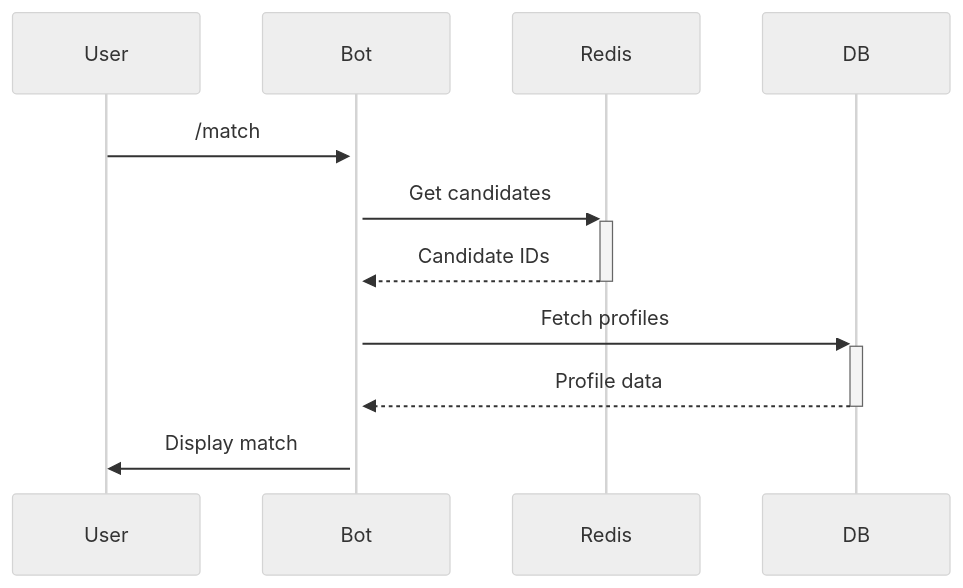
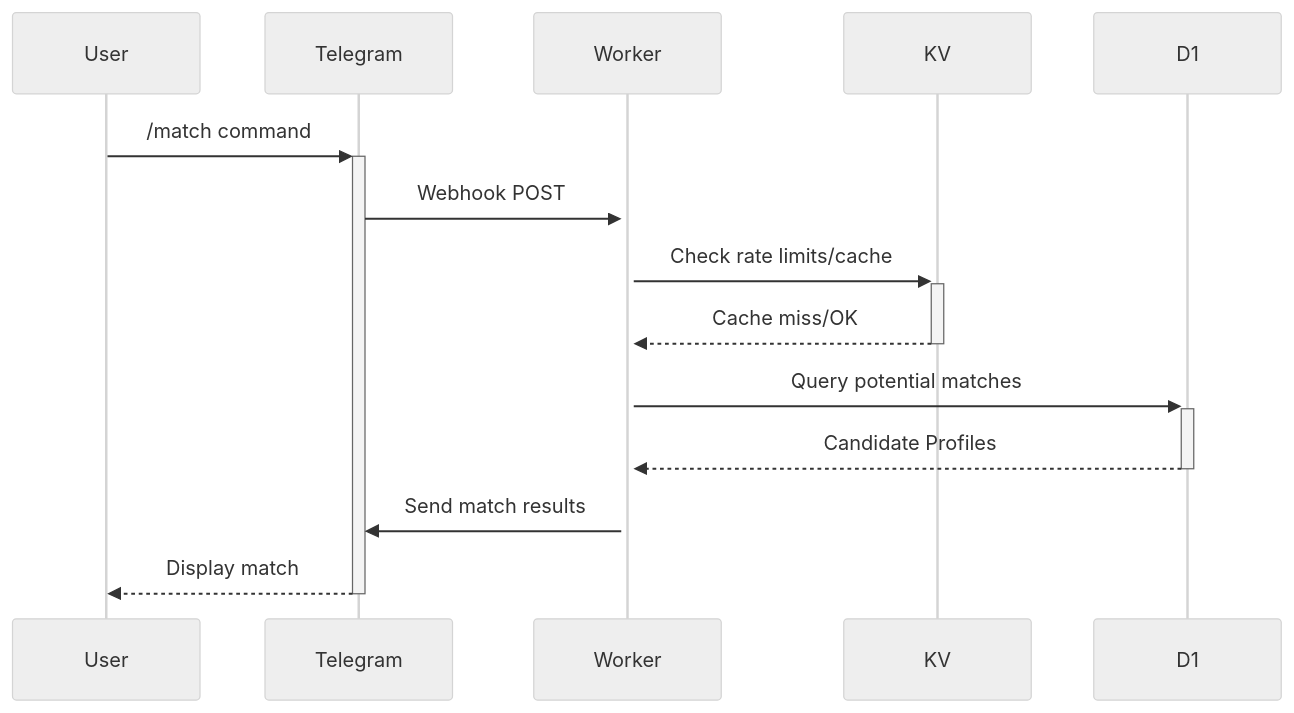
One commit to irfndi/meets-match changed the third of 3 diagrams in _docs_/TECH.MD. Above: the diagram before and after it, drawn with Mermaid (neutral theme). The commit also changed other lines of this file and 5979 other files, not shown here.

````diff
--- a/_docs_/TECH.MD
+++ b/_docs_/TECH.MD
@@ -110,9 +107,11 @@
 ```mermaid
 sequenceDiagram
-    User->>+Bot: /match
-    Bot->>+Redis: Get candidates
-    Redis-->>-Bot: Candidate IDs
-    Bot->>+DB: Fetch profiles
-    DB-->>-Bot: Profile data
-    Bot->>User: Display match
+    User->>+Telegram: /match command
+    Telegram->>+Worker: Webhook POST
+    Worker->>+KV: Check rate limits/cache
+    KV-->>-Worker: Cache miss/OK
+    Worker->>+D1: Query potential matches
+    D1-->>-Worker: Candidate Profiles
+    Worker->>Telegram: Send match results
+    Telegram-->>-User: Display match
 ```
````
